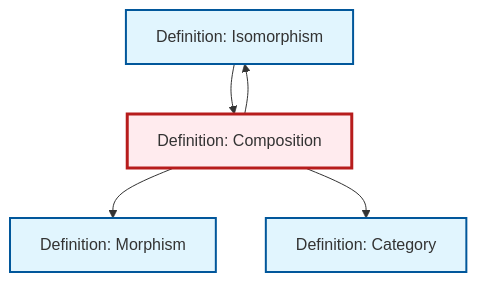
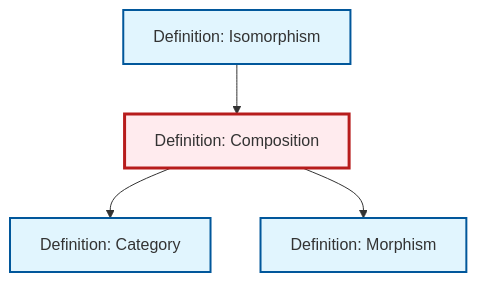
The diagram in content/en/category-theory/def-composition.qmd (RK0429/ModernMath), drawn with Mermaid before and after one commit. The commit also changed 511 other files, not shown here.

````diff
--- a/content/en/category-theory/def-composition.qmd
+++ b/content/en/category-theory/def-composition.qmd
@@ -92,22 +92,17 @@
 ```{mermaid}
 %%| fig-cap: "Local dependency graph"
 graph TD
     classDef definition fill:#e1f5fe,stroke:#01579b,stroke-width:2px
     classDef theorem fill:#f3e5f5,stroke:#4a148c,stroke-width:2px
     classDef axiom fill:#fff3e0,stroke:#e65100,stroke-width:2px
     classDef example fill:#e8f5e9,stroke:#1b5e20,stroke-width:2px
     classDef current fill:#ffebee,stroke:#b71c1c,stroke-width:3px
+    def-morphism["Definition: Morphism"]:::definition
+    def-composition["Definition: Composition"]:::definition
+    def-isomorphism["Definition: Isomorphism"]:::definition
     def-category["Definition: Category"]:::definition
-    def-isomorphism["Definition: Isomorphism"]:::definition
-    def-composition["Definition: Composition"]:::definition
-    def-morphism["Definition: Morphism"]:::definition
     def-isomorphism --> def-composition
+    def-composition --> def-category
     def-composition --> def-morphism
-    def-composition --> def-category
-    def-composition --> def-isomorphism
     class def-composition current
-
-    click def-category "def-category.html" "Go to Category definition"
-    click def-isomorphism "def-isomorphism.html" "Go to Isomorphism definition"
-    click def-morphism "def-morphism.html" "Go to Morphism definition"
 ```
````
